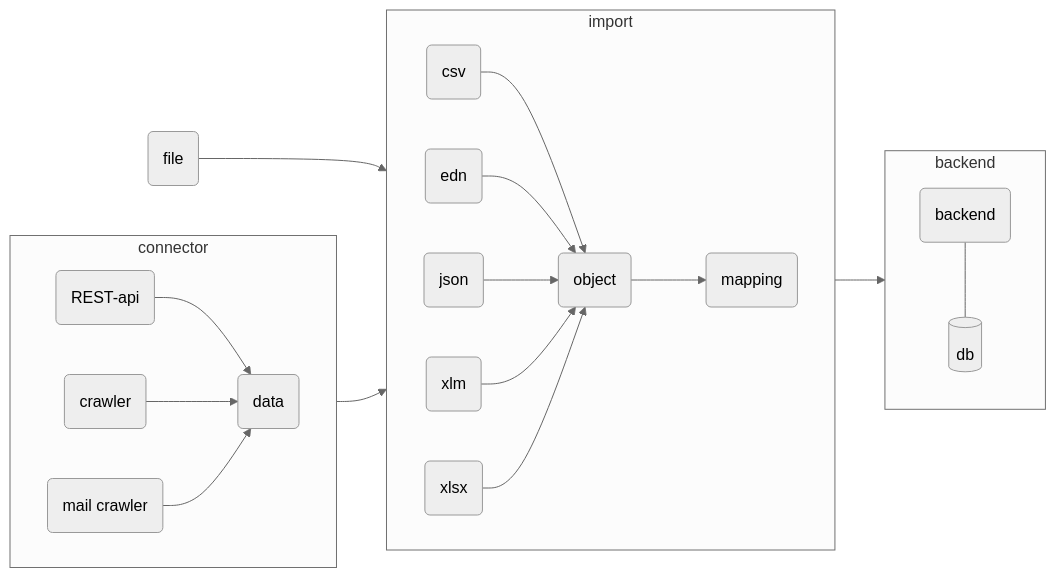
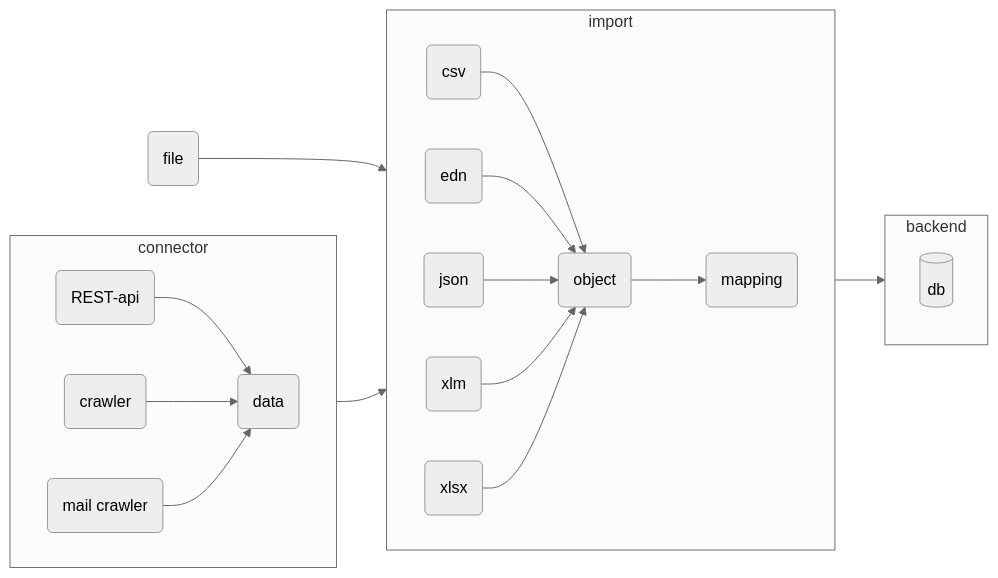
One commit to internet4refugees/beherbergung changed the second of 2 diagrams in architecture.md. Above: the diagram before and after it, drawn with Mermaid (neutral theme).

````diff
--- a/architecture.md
+++ b/architecture.md
@@ -16,25 +16,25 @@
 ```mermaid
 flowchart LR;
     subgraph connector
         direction LR
         c_a(REST-api) --> d 
         c_c(crawler)--> d
         c_m(mail crawler) --> d
         d(data)
     end
     subgraph import
         direction LR
         c(csv) --> o(object)
         e(edn) --> o
         j(json) --> o
         xlm(xlm) --> o
         xlsx(xlsx) --> o
         o --> I(mapping)
     end
     subgraph backend
-        B(backend) --- db[(db)] 
+        db[(db)] 
     end
         c_f(file) --> import
     connector --> import
     import --> backend
 ```
````
